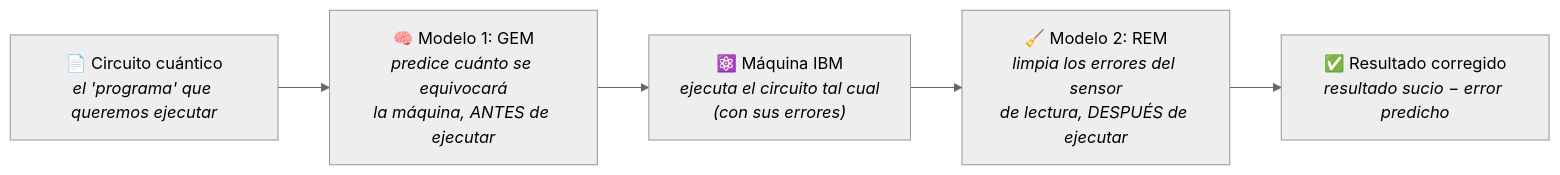
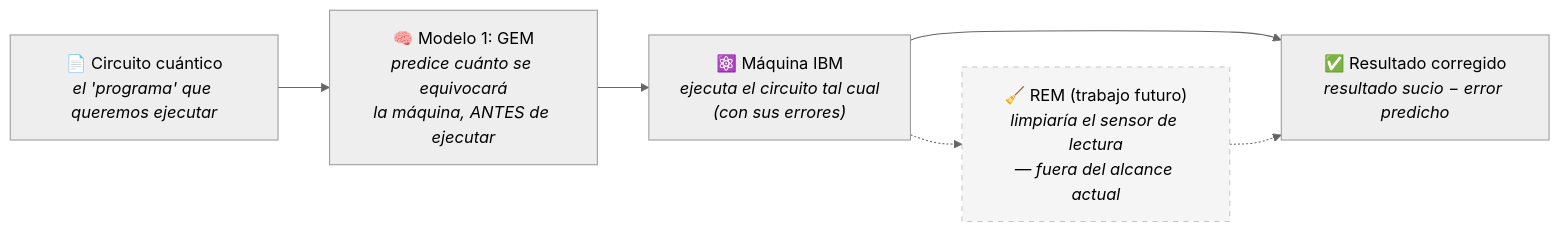
One commit to greghgev/Quantum-Noise-Mitigation-with-AI changed the diagram in GUIA_TUTOR.md. Above: the diagram before and after it, drawn with Mermaid (neutral theme). The commit also changed other lines of this file and 18 other files, not shown here.

````diff
--- a/GUIA_TUTOR.md
+++ b/GUIA_TUTOR.md
@@ -40,12 +45,14 @@
 ```mermaid
 flowchart LR
     A["📄 Circuito cuántico<br/><i>el 'programa' que queremos ejecutar</i>"]
     B["🧠 Modelo 1: GEM<br/><i>predice cuánto se equivocará<br/>la máquina, ANTES de ejecutar</i>"]
     C["⚛️ Máquina IBM<br/><i>ejecuta el circuito tal cual<br/>(con sus errores)</i>"]
-    D["🧹 Modelo 2: REM<br/><i>limpia los errores del sensor<br/>de lectura, DESPUÉS de ejecutar</i>"]
+    D["🧹 REM (trabajo futuro)<br/><i>limpiaría el sensor de lectura<br/>— fuera del alcance actual</i>"]
     E["✅ Resultado corregido<br/><i>resultado sucio − error predicho</i>"]
     A --> B
     B --> C
-    C --> D
-    D --> E
+    C --> E
+    C -.-> D
+    D -.-> E
+    style D stroke-dasharray: 5 5,opacity:0.55
 ```
````
